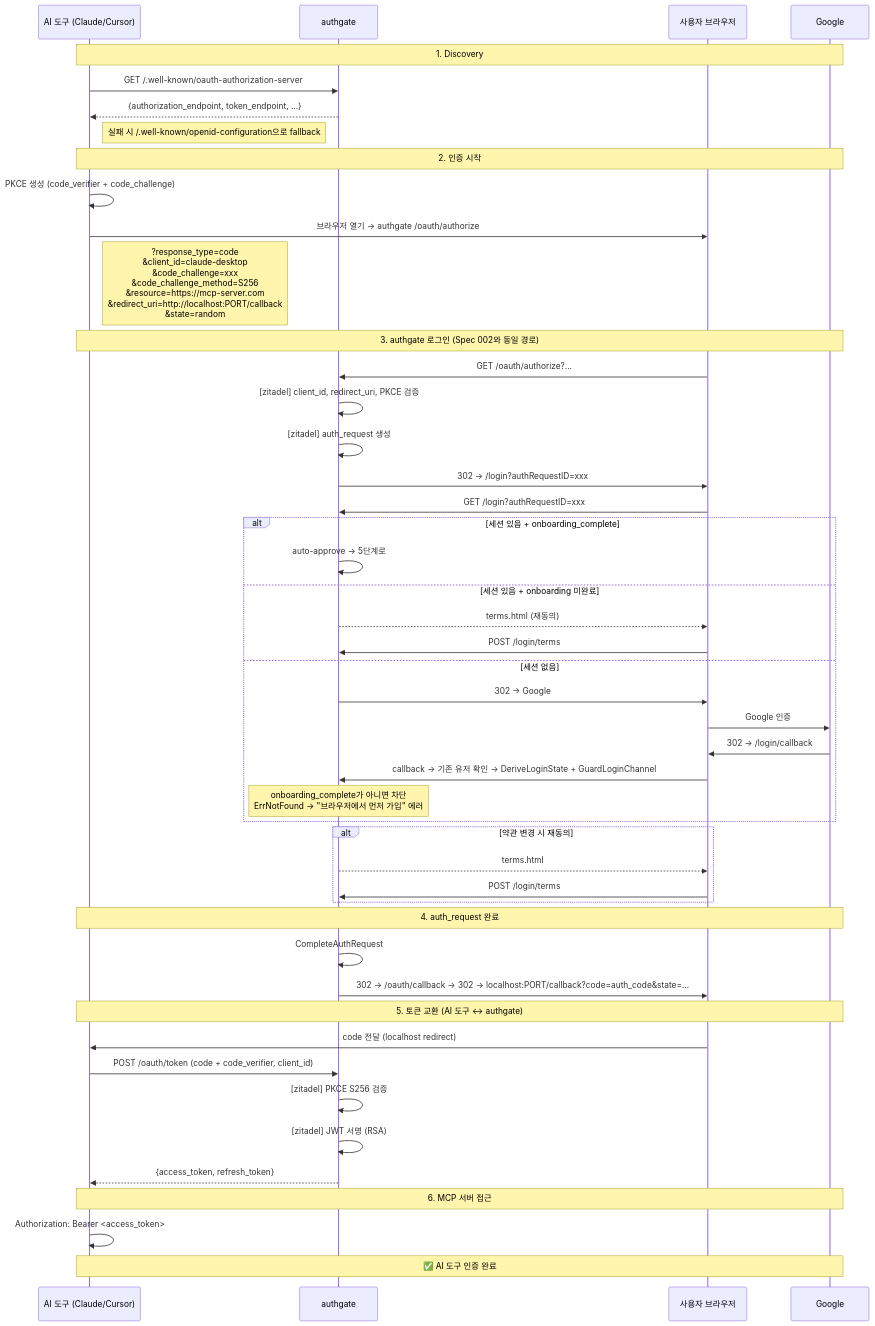
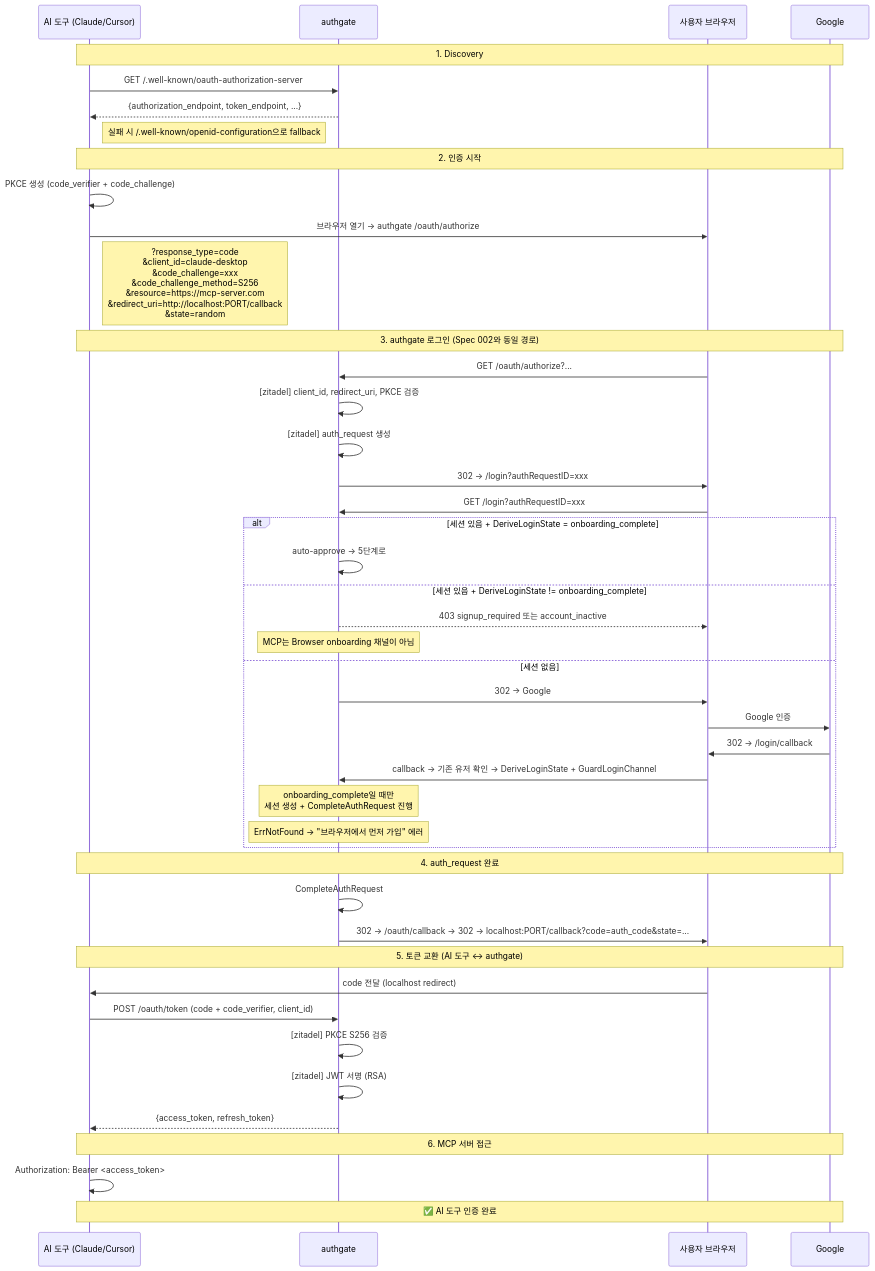
The diagram in docs/spec/004-mcp-login.md (cagojeiger/authgate), drawn with Mermaid before and after one commit. The commit also changed other lines of this file and 5 other files, not shown here.

````diff
--- a/docs/spec/004-mcp-login.md
+++ b/docs/spec/004-mcp-login.md
@@ -69,57 +69,53 @@
 ```mermaid
 sequenceDiagram
     participant AI as AI 도구 (Claude/Cursor)
     participant AG as authgate
     participant U as 사용자 브라우저
     participant G as Google
 
     Note over AI,G: 1. Discovery
     AI->>AG: GET /.well-known/oauth-authorization-server
     AG-->>AI: {authorization_endpoint, token_endpoint, ...}
     Note right of AI: 실패 시 /.well-known/openid-configuration으로 fallback
 
     Note over AI,G: 2. 인증 시작
     AI->>AI: PKCE 생성 (code_verifier + code_challenge)
     AI->>U: 브라우저 열기 → authgate /oauth/authorize
     Note right of AI: ?response_type=code<br/>&client_id=claude-desktop<br/>&code_challenge=xxx<br/>&code_challenge_method=S256<br/>&resource=https://mcp-server.com<br/>&redirect_uri=http://localhost:PORT/callback<br/>&state=random
 
     Note over AI,G: 3. authgate 로그인 (Spec 002와 동일 경로)
     U->>AG: GET /oauth/authorize?...
     AG->>AG: [zitadel] client_id, redirect_uri, PKCE 검증
     AG->>AG: [zitadel] auth_request 생성
     AG->>U: 302 → /login?authRequestID=xxx
 
     U->>AG: GET /login?authRequestID=xxx
-    alt 세션 있음 + onboarding_complete
+    alt 세션 있음 + DeriveLoginState = onboarding_complete
         AG->>AG: auto-approve → 5단계로
-    else 세션 있음 + onboarding 미완료
-        AG-->>U: terms.html (재동의)
-        U->>AG: POST /login/terms
+    else 세션 있음 + DeriveLoginState != onboarding_complete
+        AG-->>U: 403 signup_required 또는 account_inactive
+        Note over AG: MCP는 Browser onboarding 채널이 아님
     else 세션 없음
         AG->>U: 302 → Google
         U->>G: Google 인증
         G->>U: 302 → /login/callback
         U->>AG: callback → 기존 유저 확인 → DeriveLoginState + GuardLoginChannel
-        Note over AG: onboarding_complete가 아니면 차단<br/>ErrNotFound → "브라우저에서 먼저 가입" 에러
-    end
-
-    alt 약관 변경 시 재동의
-        AG-->>U: terms.html
-        U->>AG: POST /login/terms
+        Note over AG: onboarding_complete일 때만<br/>세션 생성 + CompleteAuthRequest 진행
+        Note over AG: ErrNotFound → "브라우저에서 먼저 가입" 에러
     end
 
     Note over AI,G: 4. auth_request 완료
     AG->>AG: CompleteAuthRequest
     AG->>U: 302 → /oauth/callback → 302 → localhost:PORT/callback?code=auth_code&state=...
 
     Note over AI,G: 5. 토큰 교환 (AI 도구 ↔ authgate)
     U->>AI: code 전달 (localhost redirect)
     AI->>AG: POST /oauth/token (code + code_verifier, client_id)
     AG->>AG: [zitadel] PKCE S256 검증
     AG->>AG: [zitadel] JWT 서명 (RSA)
     AG-->>AI: {access_token, refresh_token}
 
     Note over AI,G: 6. MCP 서버 접근
     AI->>AI: Authorization: Bearer <access_token>
     Note over AI,G: ✅ AI 도구 인증 완료
 ```
````
